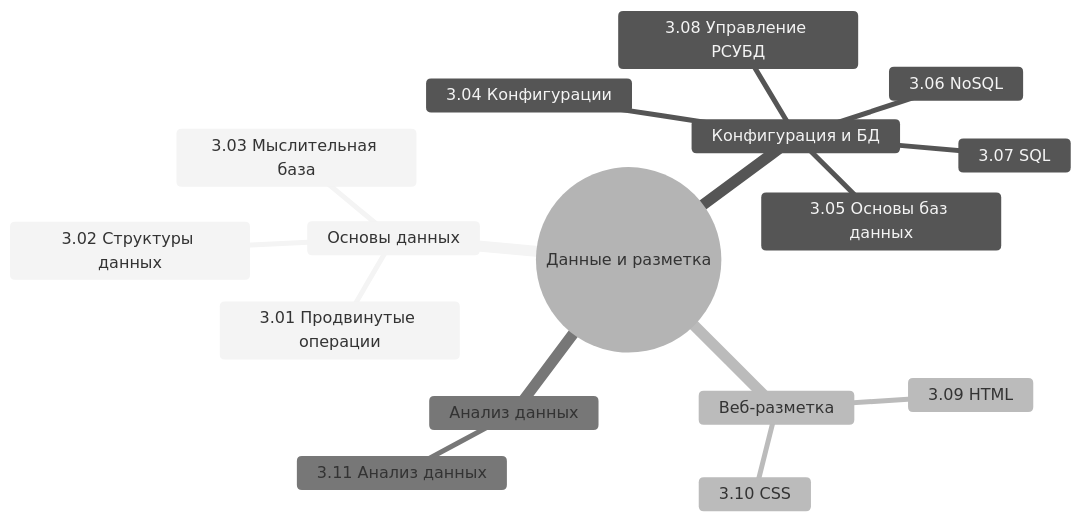
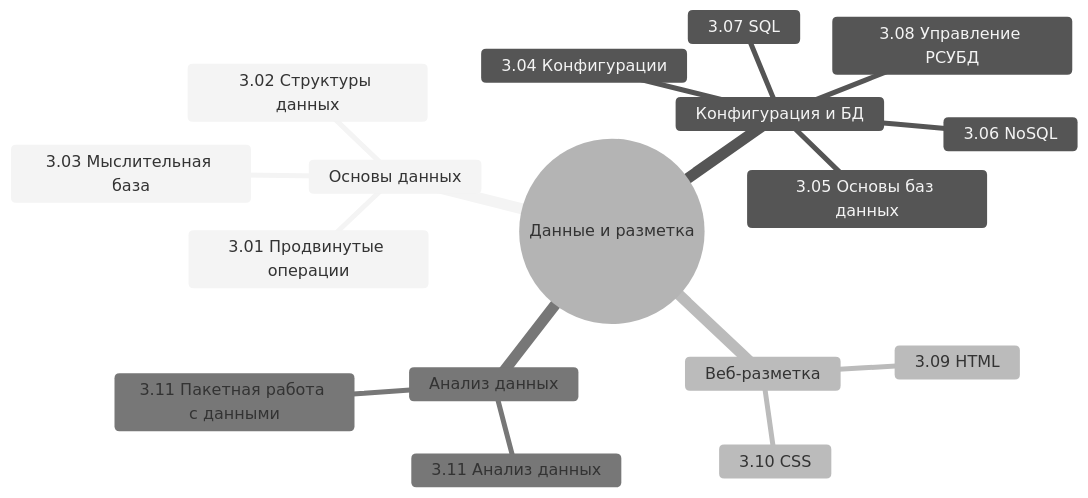
Before and after one commit to Spirzen/it-knowledge-base: the diagram in docs/encyclopedia/3-data-markup/data-markup.md, drawn with Mermaid (neutral theme). The commit also changed 486 other files, not shown here.

````diff
--- a/docs/encyclopedia/3-data-markup/data-markup.md
+++ b/docs/encyclopedia/3-data-markup/data-markup.md
@@ -25,19 +25,20 @@
 ```mermaid
 mindmap
   root((Данные и разметка))
     Основы данных
       3.01 Продвинутые операции
       3.02 Структуры данных
       3.03 Мыслительная база
     Конфигурация и БД
       3.04 Конфигурации
       3.05 Основы баз данных
       3.06 NoSQL
       3.07 SQL
       3.08 Управление РСУБД
     Веб-разметка
       3.09 HTML
       3.10 CSS
     Анализ данных
       3.11 Анализ данных
+      3.11 Пакетная работа с данными
 ```
````
